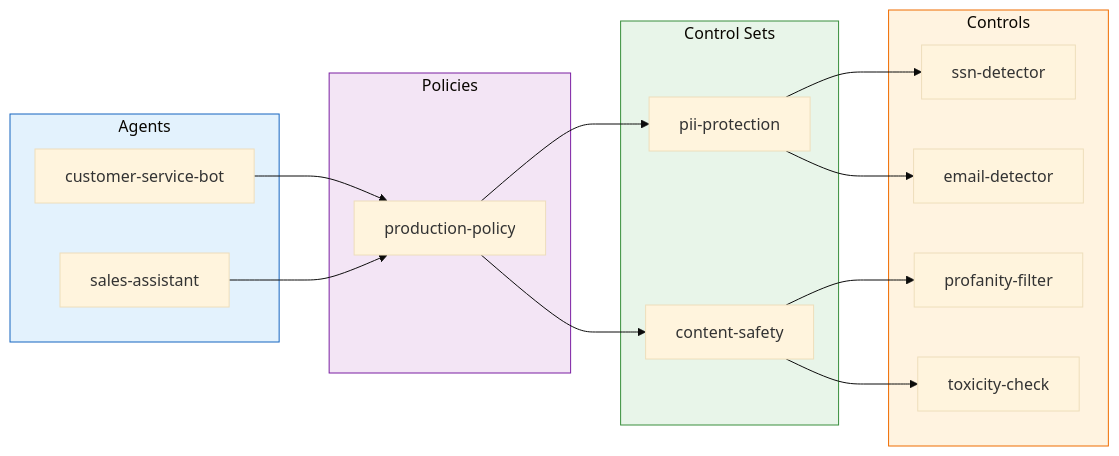
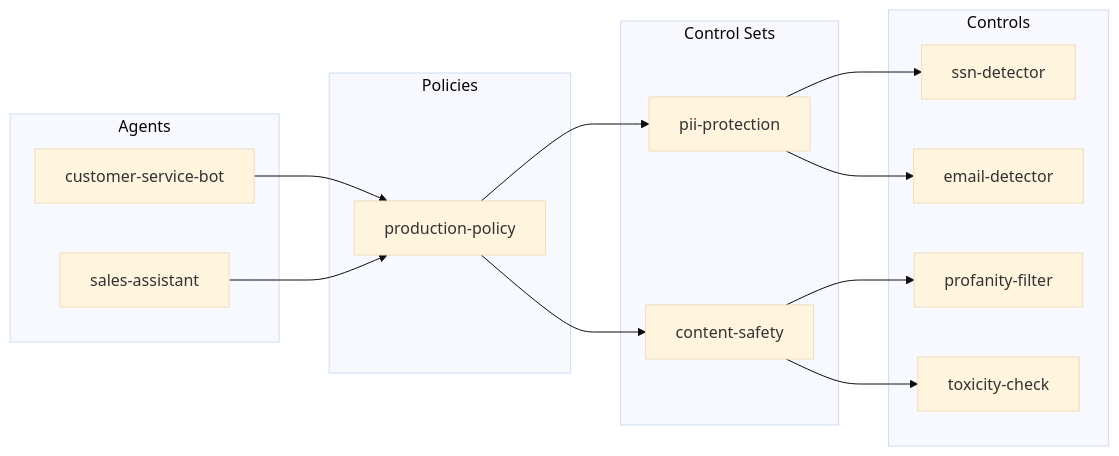
One commit to agentcontrol/agent-control changed the third of 3 diagrams in diagrams/03-entity-relationships.md. Above: the diagram before and after it, drawn with Mermaid (base theme). The commit also changed other lines of this file and 9 other files, not shown here.

````diff
--- a/diagrams/03-entity-relationships.md
+++ b/diagrams/03-entity-relationships.md
@@ -88,37 +83,32 @@
 ```mermaid
 flowchart LR
     subgraph agents["Agents"]
         a1["customer-service-bot"]
         a2["sales-assistant"]
     end
 
     subgraph policies["Policies"]
         p1["production-policy"]
     end
 
     subgraph controlsets["Control Sets"]
         cs1["pii-protection"]
         cs2["content-safety"]
     end
 
     subgraph controls["Controls"]
         c1["ssn-detector"]
         c2["email-detector"]
         c3["profanity-filter"]
         c4["toxicity-check"]
     end
 
     a1 --> p1
     a2 --> p1
     p1 --> cs1
     p1 --> cs2
     cs1 --> c1
     cs1 --> c2
     cs2 --> c3
     cs2 --> c4
-
-    style agents fill:#e3f2fd,stroke:#1565c0
-    style policies fill:#f3e5f5,stroke:#7b1fa2
-    style controlsets fill:#e8f5e9,stroke:#388e3c
-    style controls fill:#fff3e0,stroke:#ef6c00
 ```
````
